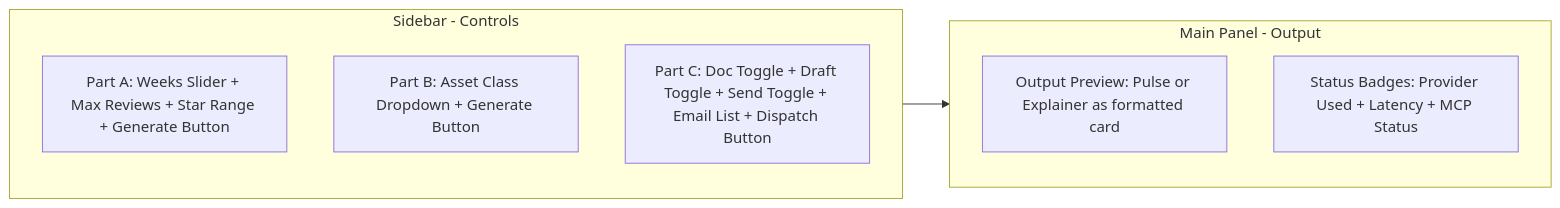
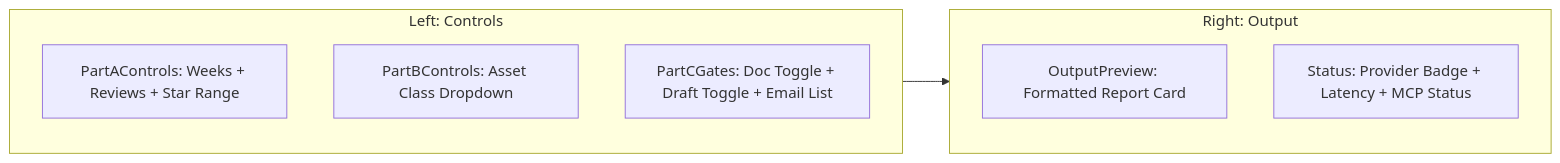
Before and after one commit to swayam-kr/M2_MCP_AI_Automation: the ninth of 11 diagrams in architecture.md, drawn with Mermaid. The commit also changed other lines of this file and 1 other file, not shown here.

Commit message:
Docs: rewrite architecture.md as portfolio playbook + create API_DOCS.md with endpoint specs, MCP protocol, and LLM internals

````diff
--- a/architecture.md
+++ b/architecture.md
@@ -876,13 +500,13 @@
 ```mermaid
 graph LR
-    subgraph SIDEBAR["Sidebar - Controls"]
-        A["Part A: Weeks Slider + Max Reviews + Star Range + Generate Button"]
-        B["Part B: Asset Class Dropdown + Generate Button"]
-        C["Part C: Doc Toggle + Draft Toggle + Send Toggle + Email List + Dispatch Button"]
+    subgraph SIDEBAR["Left: Controls"]
+        A["PartAControls: Weeks + Reviews + Star Range"]
+        B["PartBControls: Asset Class Dropdown"]
+        C["PartCGates: Doc Toggle + Draft Toggle + Email List"]
     end
-    subgraph MAIN["Main Panel - Output"]
-        D["Output Preview: Pulse or Explainer as formatted card"]
-        E["Status Badges: Provider Used + Latency + MCP Status"]
+    subgraph MAIN["Right: Output"]
+        D["OutputPreview: Formatted Report Card"]
+        E["Status: Provider Badge + Latency + MCP Status"]
     end
     SIDEBAR --> MAIN
 ```
````
